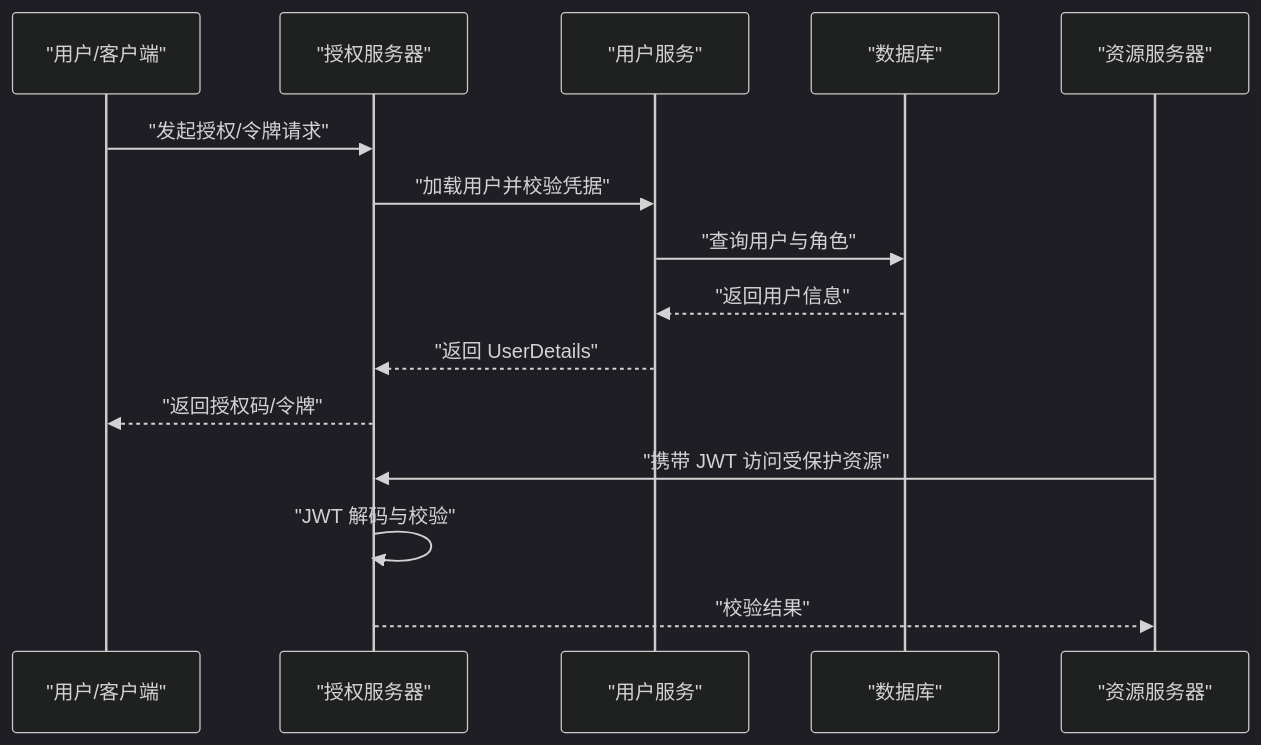
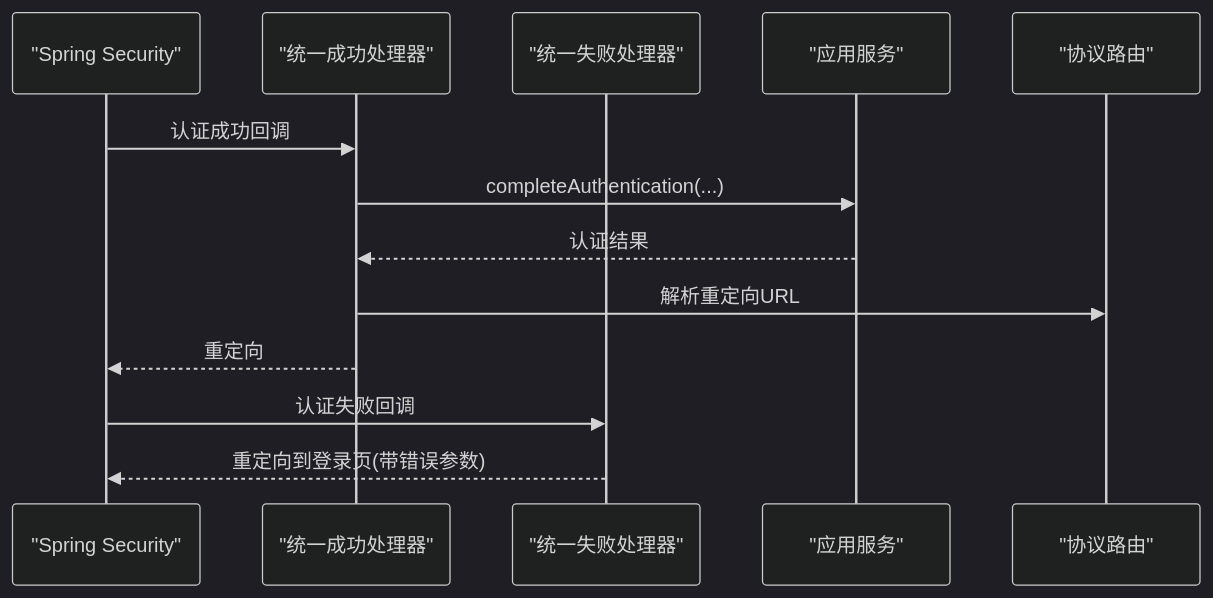
The fourth of 7 diagrams in .qoder/repowiki/zh/content/故障排除/故障排除.md (fq0121104930716/iam-platform), drawn with Mermaid (dark theme) before and after one commit. The commit also changed other lines of this file and 222 other files, not shown here.

````diff
--- a/.qoder/repowiki/zh/content/故障排除/故障排除.md
+++ b/.qoder/repowiki/zh/content/故障排除/故障排除.md
@@ -134,17 +146,15 @@
 ```mermaid
 sequenceDiagram
-participant U as "用户/客户端"
-participant AS as "授权服务器"
-participant US as "用户服务"
-participant DB as "数据库"
-participant RS as "资源服务器"
-U->>AS : "发起授权/令牌请求"
-AS->>US : "加载用户并校验凭据"
-US->>DB : "查询用户与角色"
-DB-->>US : "返回用户信息"
-US-->>AS : "返回 UserDetails"
-AS-->>U : "返回授权码/令牌"
-RS->>AS : "携带 JWT 访问受保护资源"
-AS->>AS : "JWT 解码与校验"
-AS-->>RS : "校验结果"
+participant S as "Spring Security"
+participant US as "统一成功处理器"
+participant UA as "统一失败处理器"
+participant APP as "应用服务"
+participant ROUTE as "协议路由"
+S->>US : 认证成功回调
+US->>APP : completeAuthentication(...)
+APP-->>US : 认证结果
+US->>ROUTE : 解析重定向URL
+US-->>S : 重定向
+S->>UA : 认证失败回调
+UA-->>S : 重定向到登录页(带错误参数)
 ```
````
